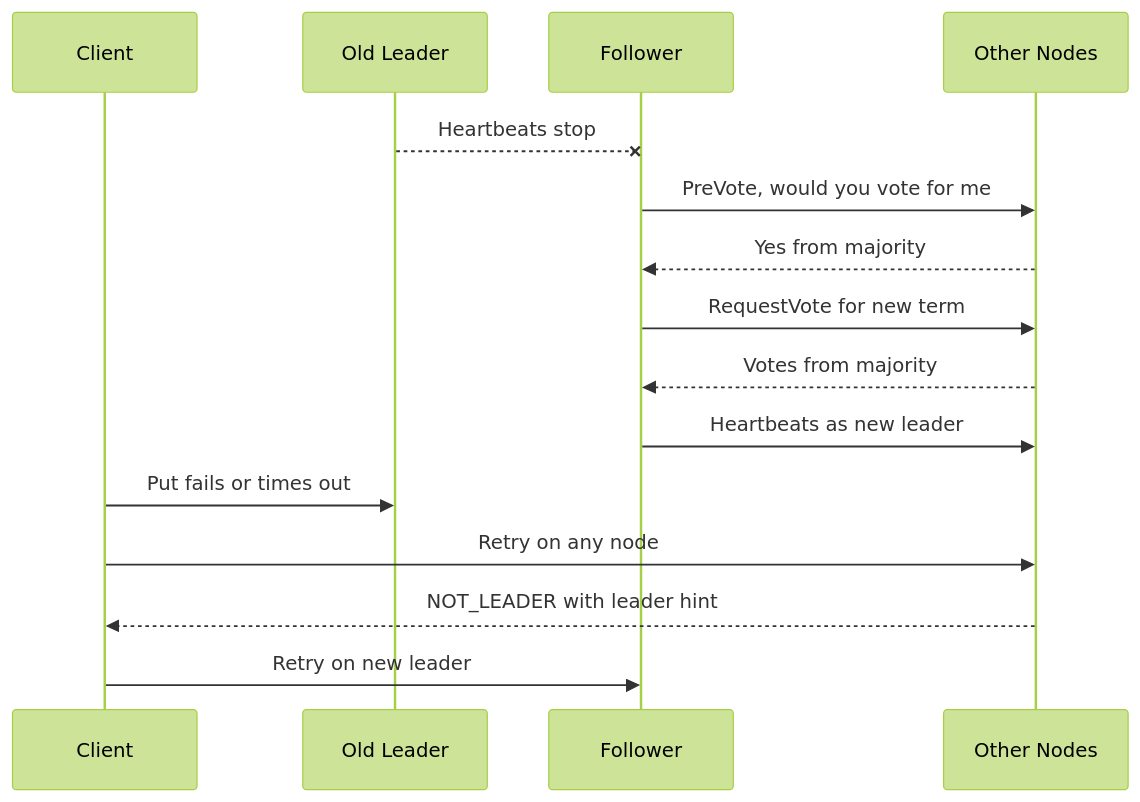
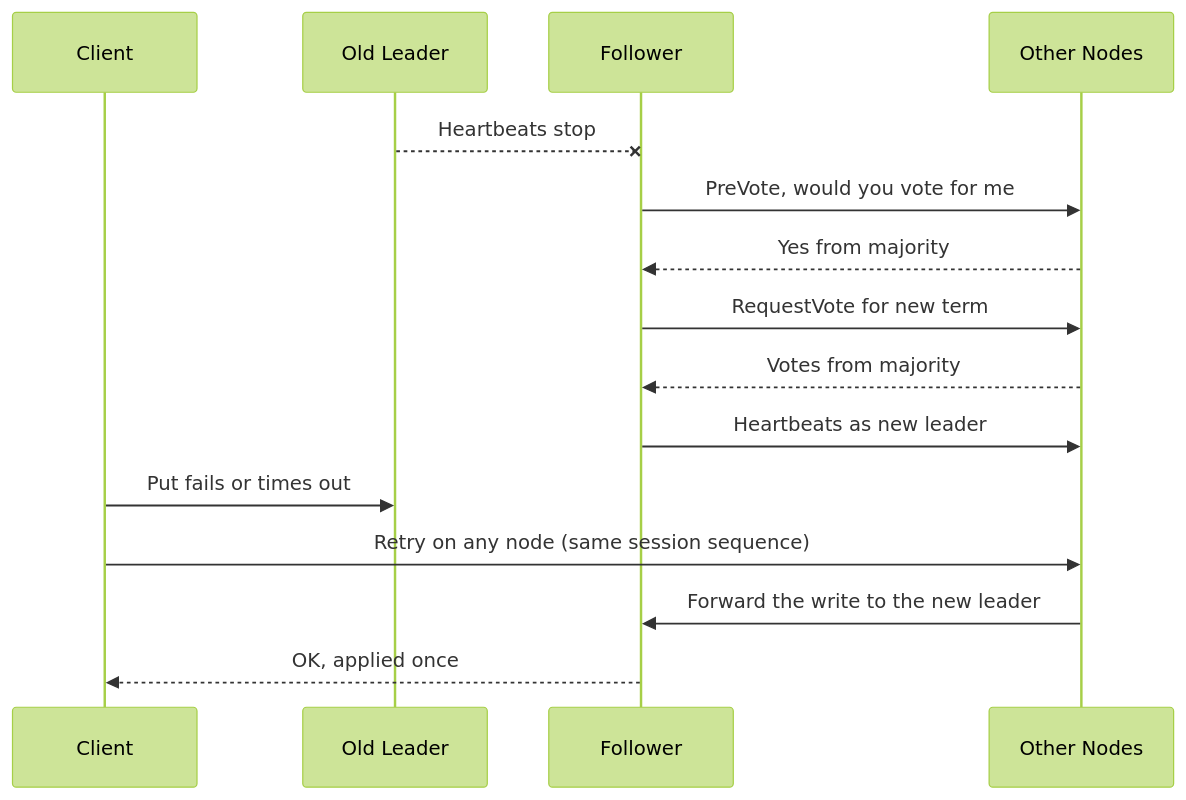
One commit to bibekgupta3333/raftkv-distributed-store changed the fourth of 5 diagrams in docs/raftkv-in-5-minutes.md. Above: the diagram before and after it, drawn with Mermaid (forest theme). The commit also changed other lines of this file and 10 other files, not shown here.

````diff
--- a/docs/raftkv-in-5-minutes.md
+++ b/docs/raftkv-in-5-minutes.md
@@ -136,17 +136,17 @@
 ```mermaid
 sequenceDiagram
     participant C as Client
     participant OL as Old Leader
     participant F as Follower
     participant O as Other Nodes
     OL--xF: Heartbeats stop
     F->>O: PreVote, would you vote for me
     O-->>F: Yes from majority
     F->>O: RequestVote for new term
     O-->>F: Votes from majority
     F->>O: Heartbeats as new leader
     C->>OL: Put fails or times out
-    C->>O: Retry on any node
-    O-->>C: NOT_LEADER with leader hint
-    C->>F: Retry on new leader
+    C->>O: Retry on any node (same session sequence)
+    O->>F: Forward the write to the new leader
+    F-->>C: OK, applied once
 ```
````
